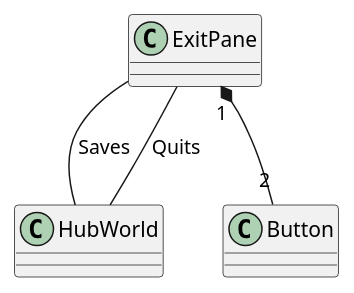
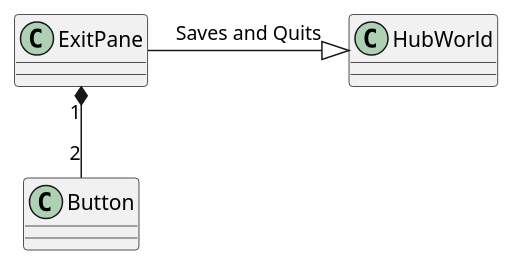
The diagram in PlantUML/scenes/ExitPane.puml (Leximon-SWE-2025/Leximon), drawn with PlantUML before and after one commit. The commit also changed 8 other files, not shown here.

Commit message:
update uml

```diff
--- a/PlantUML/scenes/ExitPane.puml
+++ b/PlantUML/scenes/ExitPane.puml
@@ -1,8 +1,8 @@
 @startuml ExitPane
 class ExitPane{
 }
 ' PanelContainer <|-- ExitPane
-ExitPane -- HubWorld : Saves
-ExitPane -- HubWorld : Quits
+ExitPane -r-|> HubWorld : Saves and Quits
+' ExitPane --|> HubWorld : Quits
 ExitPane "1" *-- "2" Button
 @enduml
```
